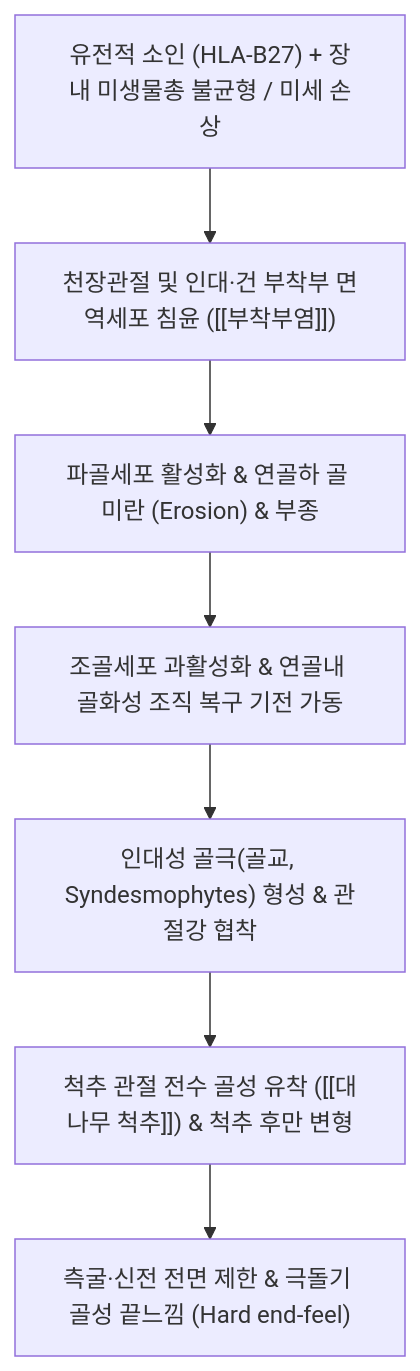
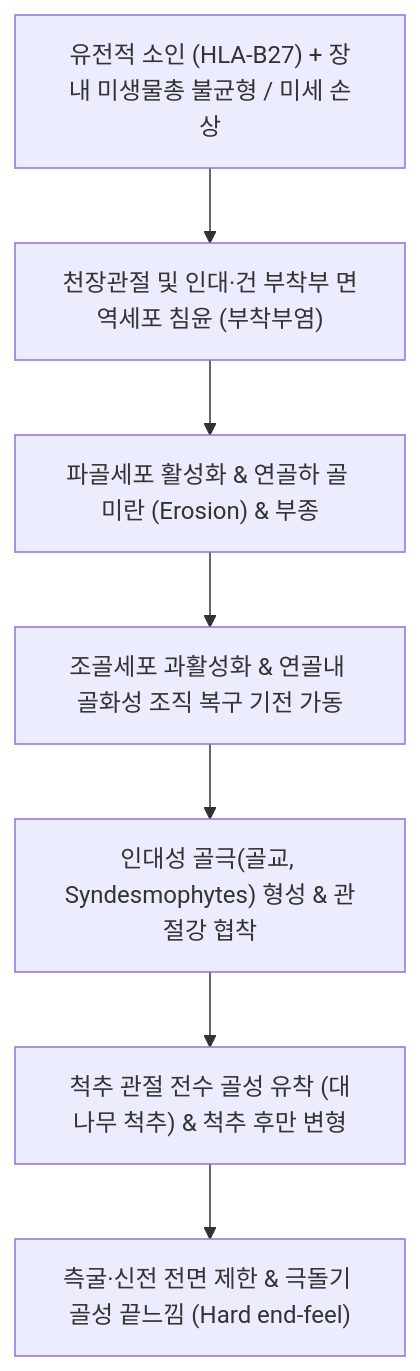
The diagram in content/3. 이론 공부/질환/자가면역·류마티스 질환/기타 자가면역/강직성 척추염.md (simbio11/simbio-digital-garden2), drawn with Mermaid before and after one commit. The commit also changed other lines of this file and 401 other files, not shown here.

````diff
--- a/content/3. 이론 공부/질환/자가면역·류마티스 질환/기타 자가면역/강직성 척추염.md
+++ b/content/3. 이론 공부/질환/자가면역·류마티스 질환/기타 자가면역/강직성 척추염.md
@@ -69,9 +62,9 @@
 ```mermaid
 graph TD
-    Trigger["유전적 소인 (HLA-B27) + 장내 미생물총 불균형 / 미세 손상"] --> Enthesitis["천장관절 및 인대·건 부착부 면역세포 침윤 ([[부착부염]])"]
+    Trigger["유전적 소인 (HLA-B27) + 장내 미생물총 불균형 / 미세 손상"] --> Enthesitis["천장관절 및 인대·건 부착부 면역세포 침윤 (부착부염)"]
     Enthesitis --> Erosion["파골세포 활성화 & 연골하 골 미란 (Erosion) & 부종"]
     Erosion --> Repair["조골세포 과활성화 & 연골내 골화성 조직 복구 기전 가동"]
     Repair --> Syndesmo["인대성 골극(골교, Syndesmophytes) 형성 & 관절강 협착"]
-    Syndesmo --> Fusion["척추 관절 전수 골성 유착 ([[대나무 척추]]) & 척추 후만 변형"]
+    Syndesmo --> Fusion["척추 관절 전수 골성 유착 (대나무 척추) & 척추 후만 변형"]
     Fusion --> Rigid["측굴·신전 전면 제한 & 극돌기 골성 끝느낌 (Hard end-feel)"]
 ```
````
